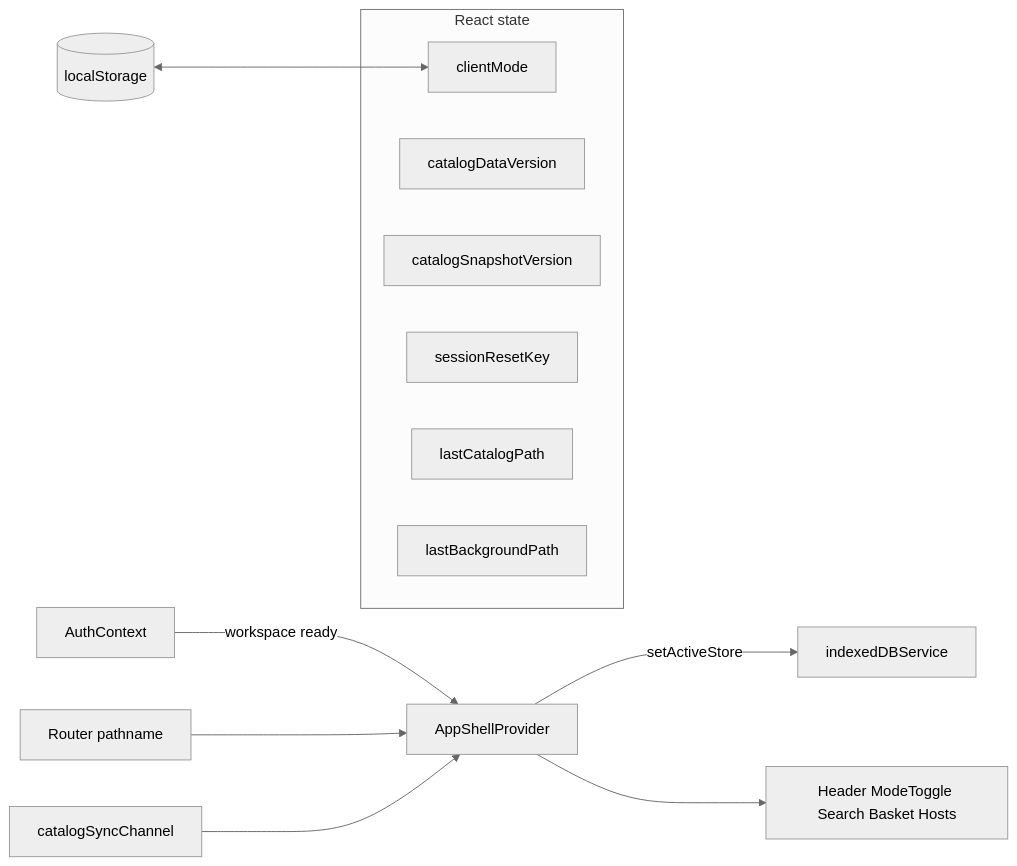
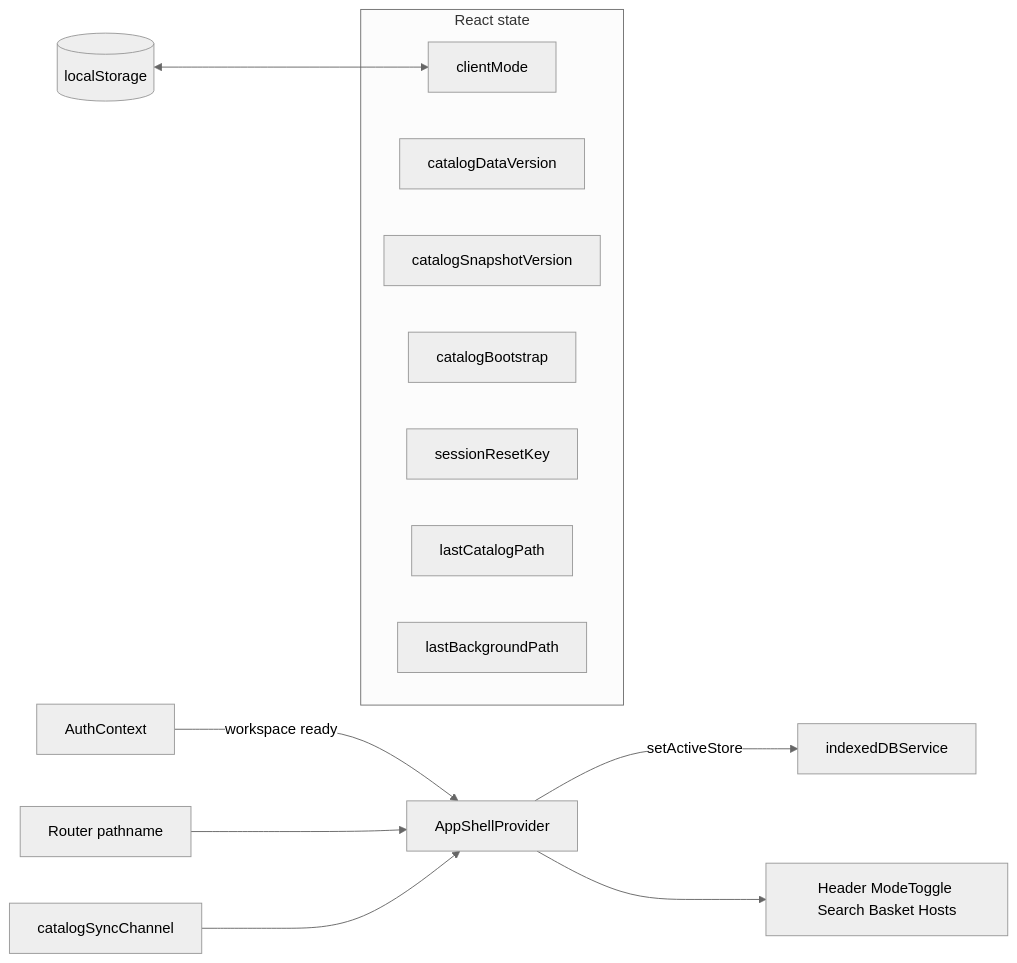
The first of 2 diagrams in docs/03-routing-shell/app-shell-state.md (iscander-b10/tyres_discs), drawn with Mermaid (neutral theme) before and after one commit. The commit also changed other lines of this file and 33 other files, not shown here.

First line of the commit message:
Add cold-start catalog bootstrap curtain and drop showcase Empty flash.

````diff
--- a/docs/03-routing-shell/app-shell-state.md
+++ b/docs/03-routing-shell/app-shell-state.md
@@ -80,18 +83,19 @@
 ```mermaid
 flowchart LR
   Auth[AuthContext] -->|workspace ready| Shell[AppShellProvider]
   Router[Router pathname] --> Shell
   LS[(localStorage)] <--> Client[clientMode]
   Channel[catalogSyncChannel] --> Shell
   Shell -->|setActiveStore| IDB[indexedDBService]
   Shell --> Consumers[Header ModeToggle Search Basket Hosts]
 
   subgraph ShellState [React state]
     Client
     DataVer[catalogDataVersion]
     SnapVer[catalogSnapshotVersion]
+    Bootstrap[catalogBootstrap]
     SessionKey[sessionResetKey]
     LastCatalog[lastCatalogPath]
     LastBg[lastBackgroundPath]
   end
 ```
````
